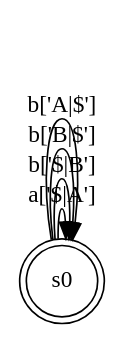
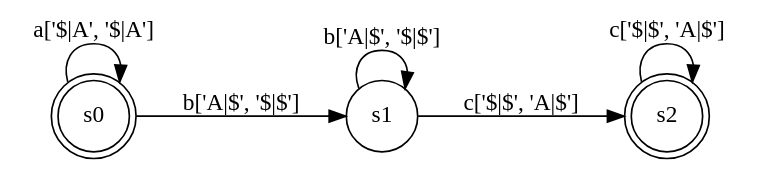
The diagram in fsm.gv (pgrisales/itc), drawn with Graphviz before and after one commit. The commit also changed 13 other files, not shown here.

```diff
--- a/fsm.gv
+++ b/fsm.gv
@@ -1,13 +1,15 @@
 digraph finite_state_machine {
 	rankdir=LR size="8,5"
 	node [shape=circle]
 	node [shape=doublecircle]
 	s0
 	node [shape=doublecircle]
 	s0
+	s2
 	node [shape=circle]
-	s0 -> s0 [label="a['$|A']"]
-	s0 -> s0 [label="b['$|B']"]
-	s0 -> s0 [label="b['B|$']"]
-	s0 -> s0 [label="b['A|$']"]
+	s0 -> s0 [label="a['$|A', '$|A']"]
+	s0 -> s1 [label="b['A|$', '$|$']"]
+	s1 -> s1 [label="b['A|$', '$|$']"]
+	s1 -> s2 [label="c['$|$', 'A|$']"]
+	s2 -> s2 [label="c['$|$', 'A|$']"]
 }
```
